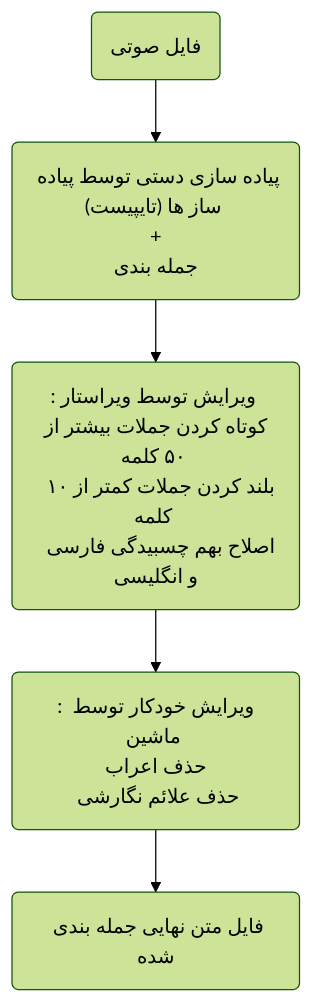
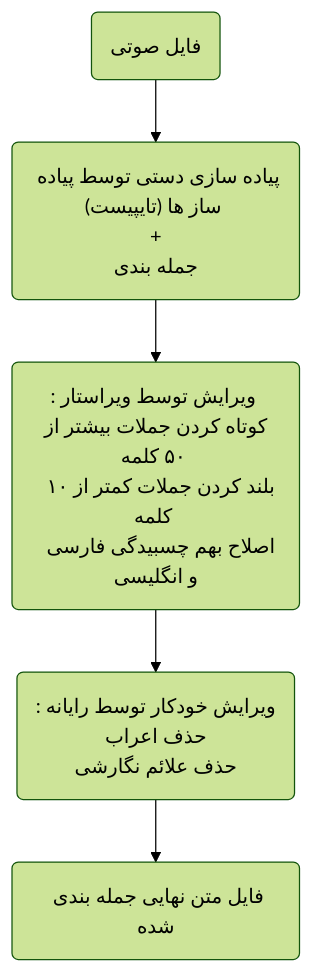
One commit to ishan-open/ai-entrance-exam changed the diagram in data-analysis/README.md. Above: the diagram before and after it, drawn with Mermaid (forest theme). The commit also changed other lines of this file, not shown here.

````diff
--- a/data-analysis/README.md
+++ b/data-analysis/README.md
@@ -25,7 +29,7 @@
 ```mermaid
 graph TD
 A(فایل صوتی) --> B(" پیاده سازی دستی توسط پیاده ساز ها (تایپیست) <br> + <br>جمله بندی ")
 B --> C(" : ویرایش توسط ویراستار <br> کوتاه کردن جملات بیشتر از ۵۰ کلمه <br> بلند کردن جملات کمتر از ۱۰ کلمه <br> اصلاح بهم چسبیدگی فارسی و انگلیسی ")
-C --> D(" : ویرایش خودکار توسط ماشین <br> حذف اعراب <br> حذف علائم نگارشی  ")
+C --> D(" : ویرایش خودکار توسط رایانه <br> حذف اعراب <br> حذف علائم نگارشی  ")
 D --> E(" فایل متن نهایی جمله بندی شده")
 ```
````
